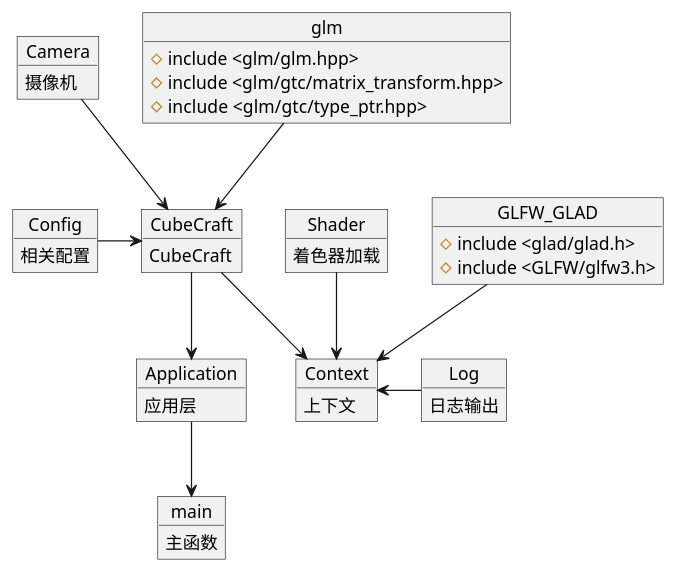
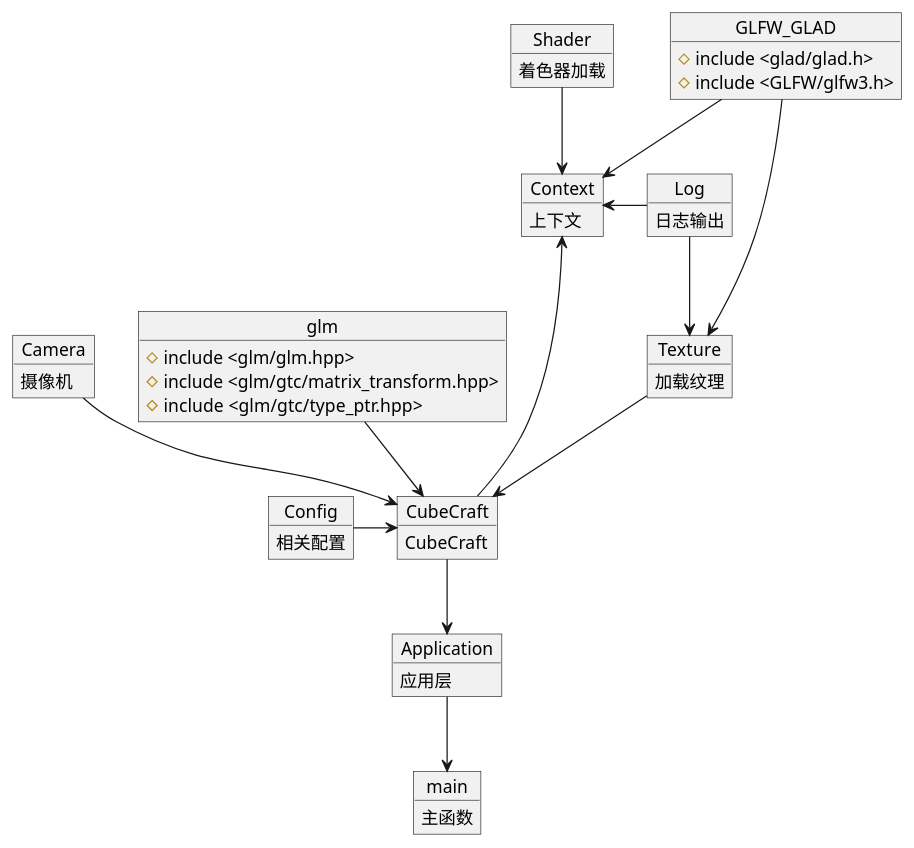
The diagram in PlantUML/[real]headers.puml (ChewyTube/CubeCraft-temp), drawn with PlantUML before and after one commit. The commit also changed 9 other files, not shown here.

```diff
--- a/PlantUML/[real]headers.puml
+++ b/PlantUML/[real]headers.puml
@@ -1,57 +1,60 @@
 @startuml headers 
 
 object main{
     主函数
 }
 object Application{
     应用层
 }
 object CubeCraft{
     CubeCraft
 }
 object Context{
     上下文
 }
 
 object Camera{
     摄像机
 }
 object Shader{
     着色器加载
 }
 
 object Log{
     日志输出
 }
 object Config{
     相关配置
 }
 
 object glm{
     #include <glm/glm.hpp>
     #include <glm/gtc/matrix_transform.hpp>
     #include <glm/gtc/type_ptr.hpp>
 }
 object GLFW_GLAD{
     #include <glad/glad.h>
     #include <GLFW/glfw3.h> 
 }
 
-'object iostream{
-'    I/O
-'}
+object Texture{
+    加载纹理
+}
 
 Application --> main
 CubeCraft --> Application
 
 Camera --> CubeCraft
 glm --> CubeCraft
 Config -> CubeCraft
+Texture --> CubeCraft
 
 GLFW_GLAD --> Context
 Shader --> Context
 Log -left-> Context
 CubeCraft --> Context
-'Context .left> Application
+
+GLFW_GLAD --> Texture
+Log --> Texture
 
 @enduml
```
